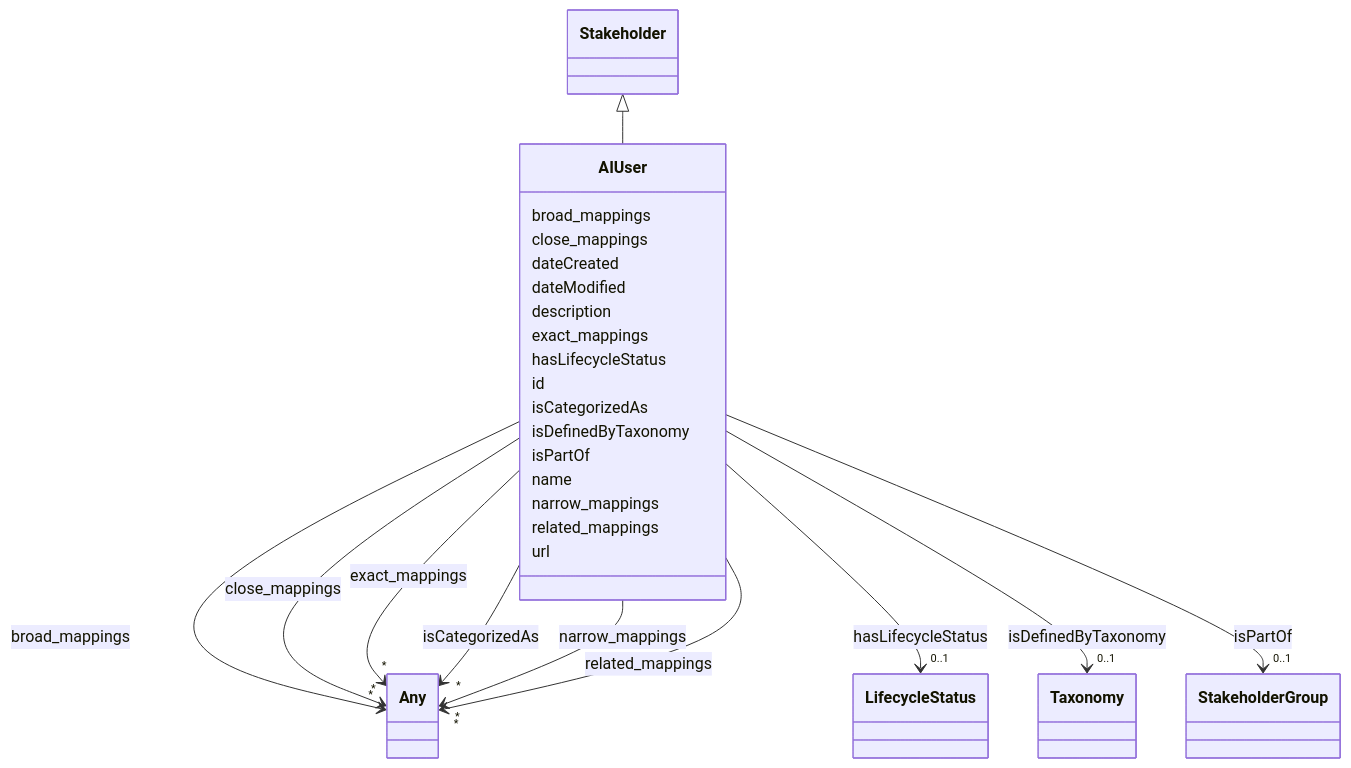
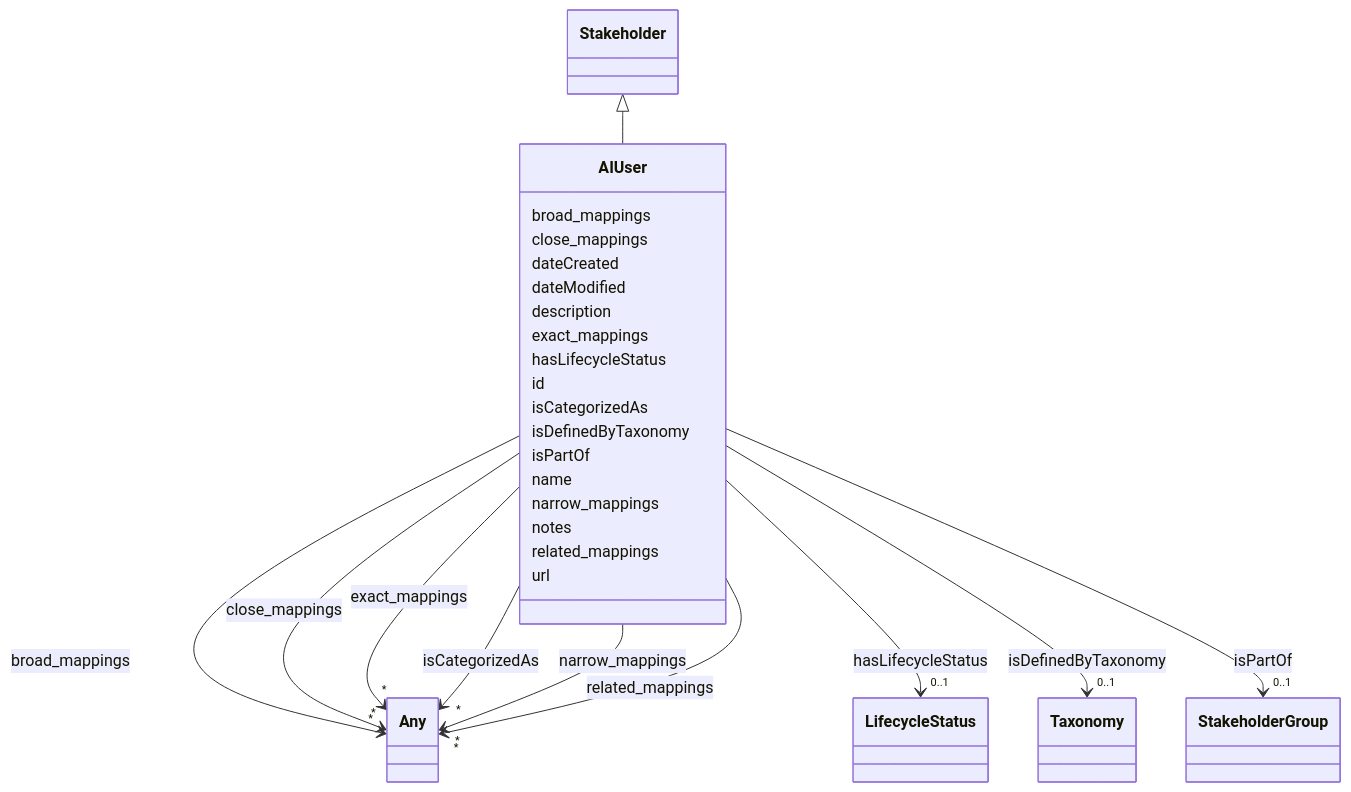
The diagram in docs/ontology/AIUser.md (ingelise/risk-atlas-nexus), drawn with Mermaid before and after one commit. The commit also changed other lines of this file and 318 other files, not shown here.

```diff
--- a/docs/ontology/AIUser.md
+++ b/docs/ontology/AIUser.md
@@ -116,6 +116,8 @@
 
 
 
+      AIUser : notes
+
       AIUser : related_mappings
 
 
```
